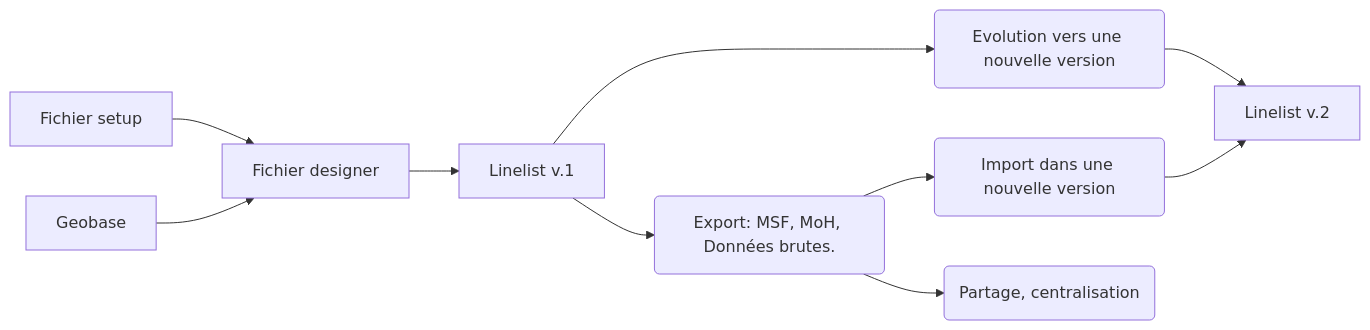
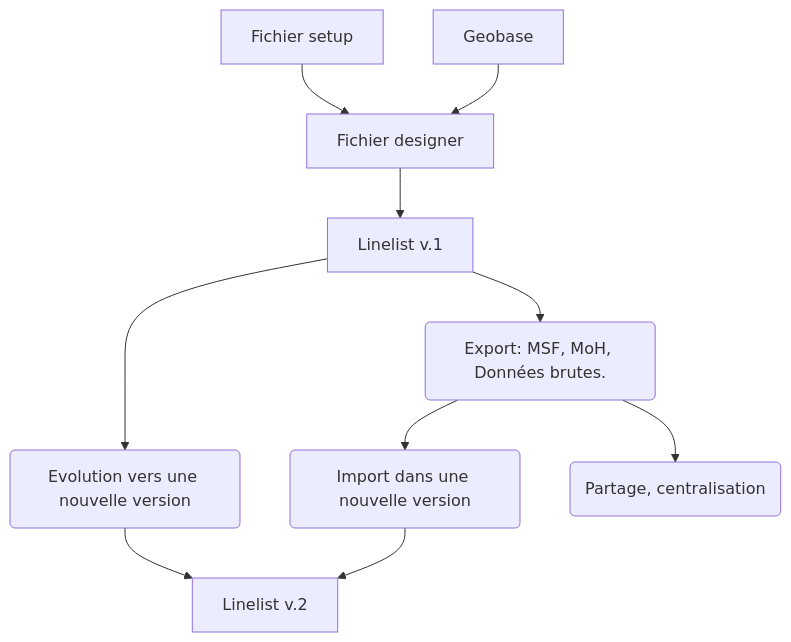
One commit to epicentre-msf/outbreak-tools-demo changed the diagram in exercise/fr/demo_exercise_fr.qmd. Above: the diagram before and after it, drawn with Mermaid. The commit also changed 14 other files, not shown here.

````diff
--- a/exercise/fr/demo_exercise_fr.qmd
+++ b/exercise/fr/demo_exercise_fr.qmd
@@ -41,13 +41,15 @@
 ```{mermaid theme="neutral"}
 
-flowchart LR
+%%| fig.width: 3
+
+flowchart TD
 A[Fichier setup] --> B[Fichier designer]
 G[Geobase] -->B
 B --> C[Linelist v.1]
 C --> F(Evolution vers une nouvelle version)
 C --> E(Export: MSF, MoH, Données brutes.)
 E --> I(Import dans une nouvelle version)
 E --> H(Partage, centralisation)
 F --> K[Linelist v.2]
 I --> K
 ```
````
